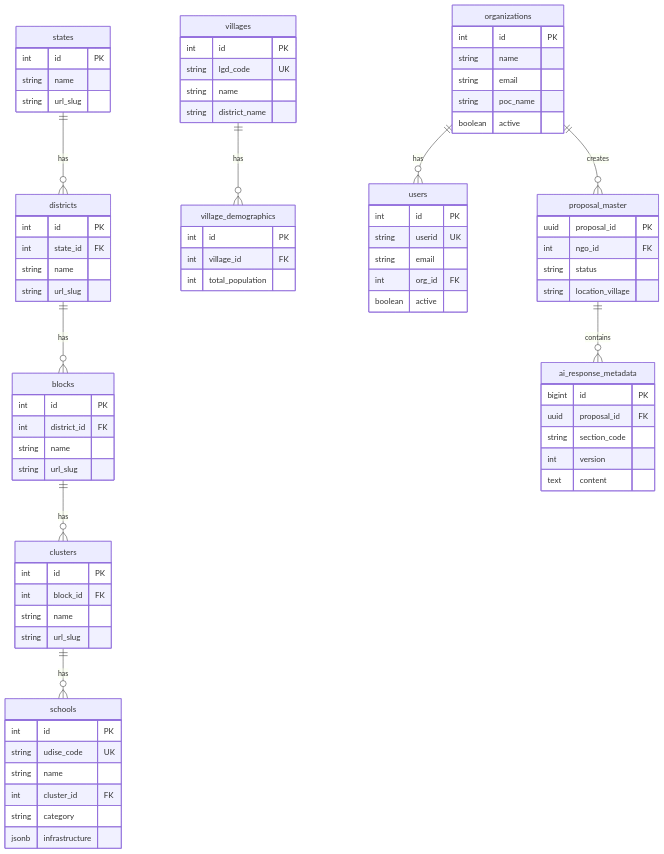
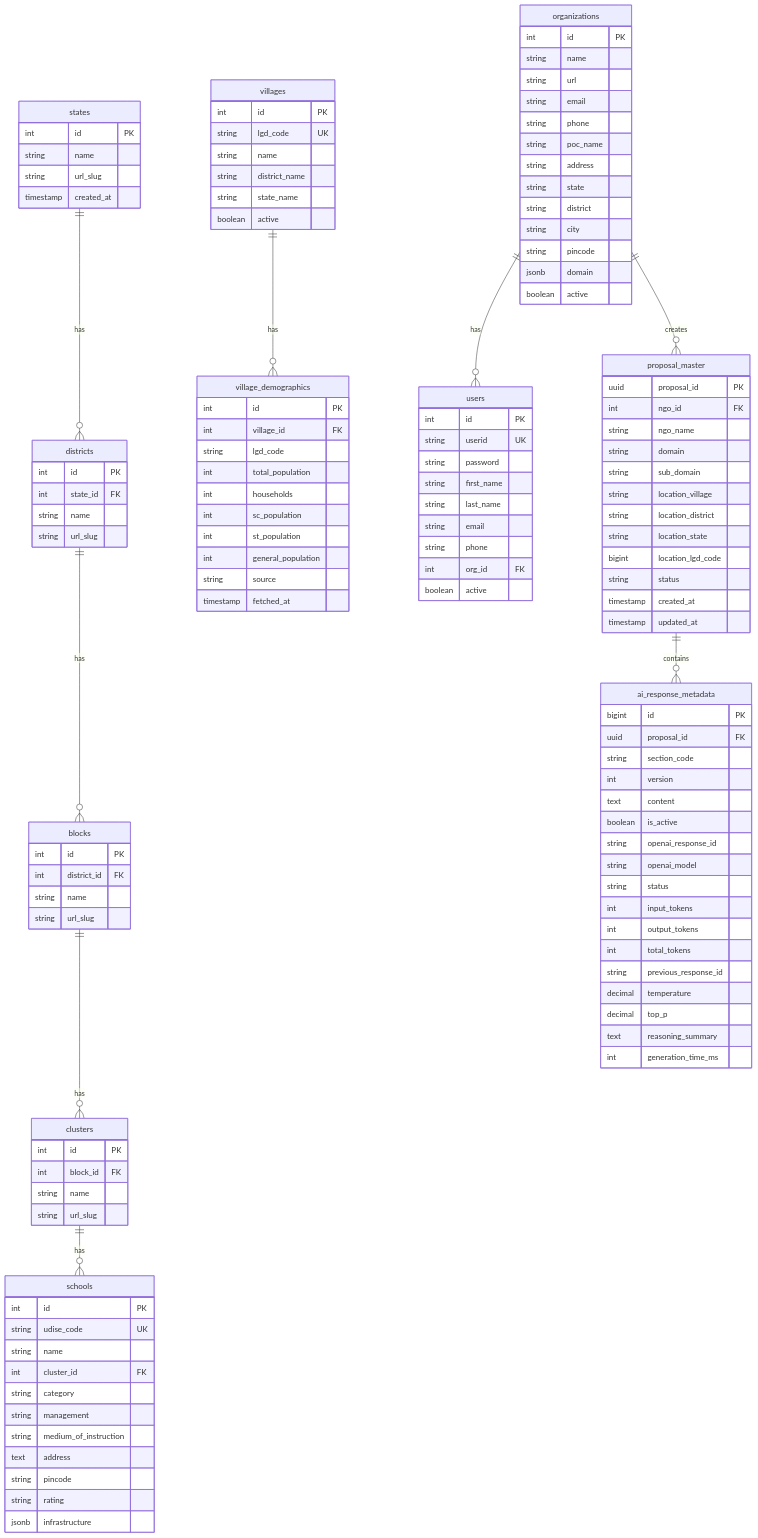
The diagram in README.md (Prakalpa-Proposal/prakalpa_proposal_database), drawn with Mermaid before and after one commit.

Commit message:
Changes to readme.md

````diff
--- a/README.md
+++ b/README.md
@@ -33,6 +33,7 @@
         int id PK
         string name
         string url_slug
+        timestamp created_at
     }
 
     districts ||--o{ blocks : "has"
@@ -65,6 +66,11 @@
         string name
         int cluster_id FK
         string category
+        string management
+        string medium_of_instruction
+        text address
+        string pincode
+        string rating
         jsonb infrastructure
     }
 
@@ -74,27 +80,48 @@
         string lgd_code UK
         string name
         string district_name
+        string state_name
+        boolean active
     }
 
     village_demographics {
         int id PK
         int village_id FK
+        string lgd_code
         int total_population
+        int households
+        int sc_population
+        int st_population
+        int general_population
+        string source
+        timestamp fetched_at
     }
 
     organizations ||--o{ users : "has"
     organizations {
         int id PK
         string name
+        string url
         string email
+        string phone
         string poc_name
+        string address
+        string state
+        string district
+        string city
+        string pincode
+        jsonb domain
         boolean active
     }
 
     users {
         int id PK
         string userid UK
+        string password
+        string first_name
+        string last_name
         string email
+        string phone
         int org_id FK
         boolean active
     }
@@ -104,8 +131,16 @@
     proposal_master {
         uuid proposal_id PK
         int ngo_id FK
+        string ngo_name
+        string domain
+        string sub_domain
+        string location_village
+        string location_district
+        string location_state
+        bigint location_lgd_code
         string status
-        string location_village
+        timestamp created_at
+        timestamp updated_at
     }
 
     ai_response_metadata {
@@ -114,5 +149,17 @@
         string section_code
         int version
         text content
+        boolean is_active
+        string openai_response_id
+        string openai_model
+        string status
+        int input_tokens
+        int output_tokens
+        int total_tokens
+        string previous_response_id
+        decimal temperature
+        decimal top_p
+        text reasoning_summary
+        int generation_time_ms
     }
 ```
````
